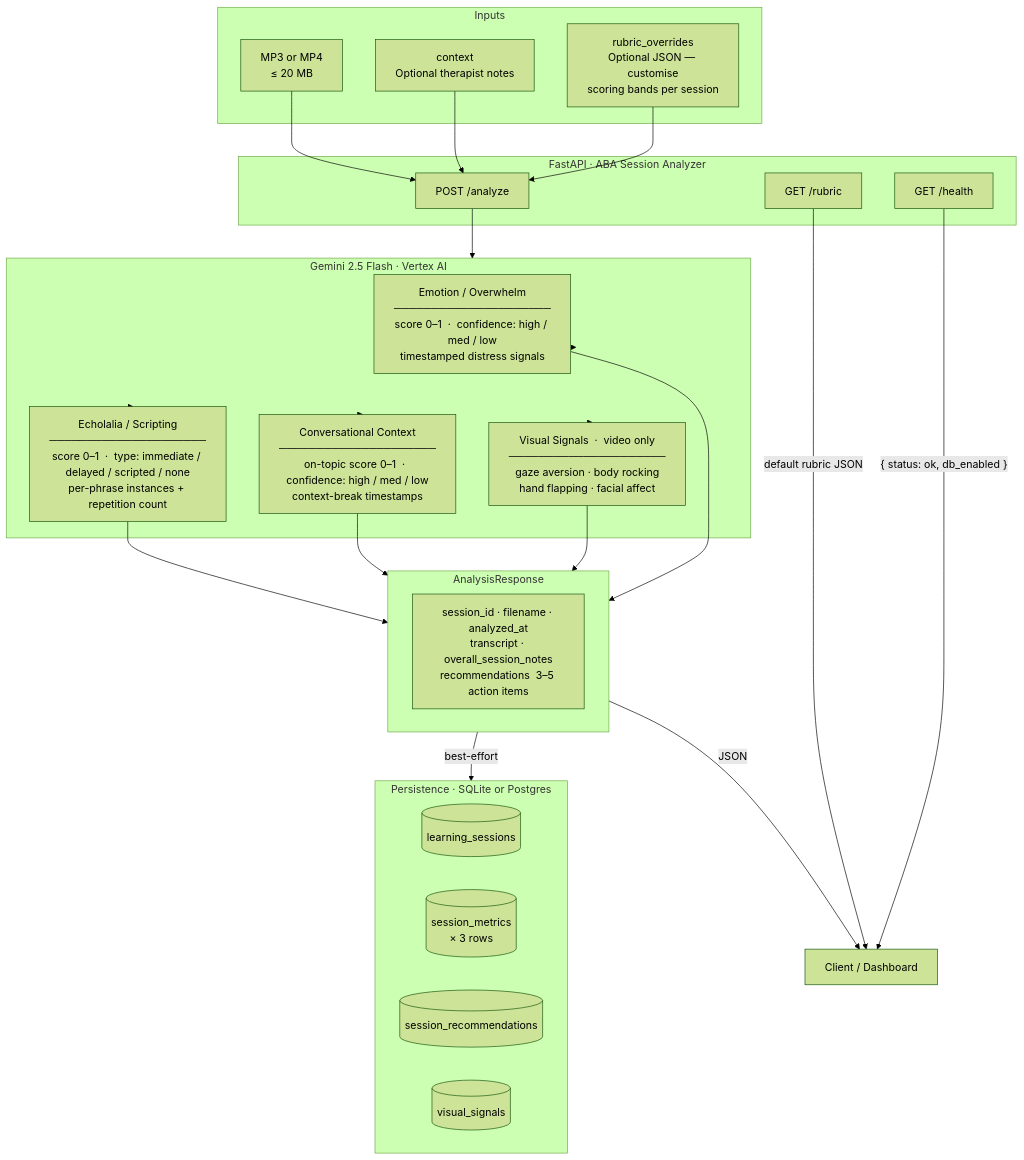
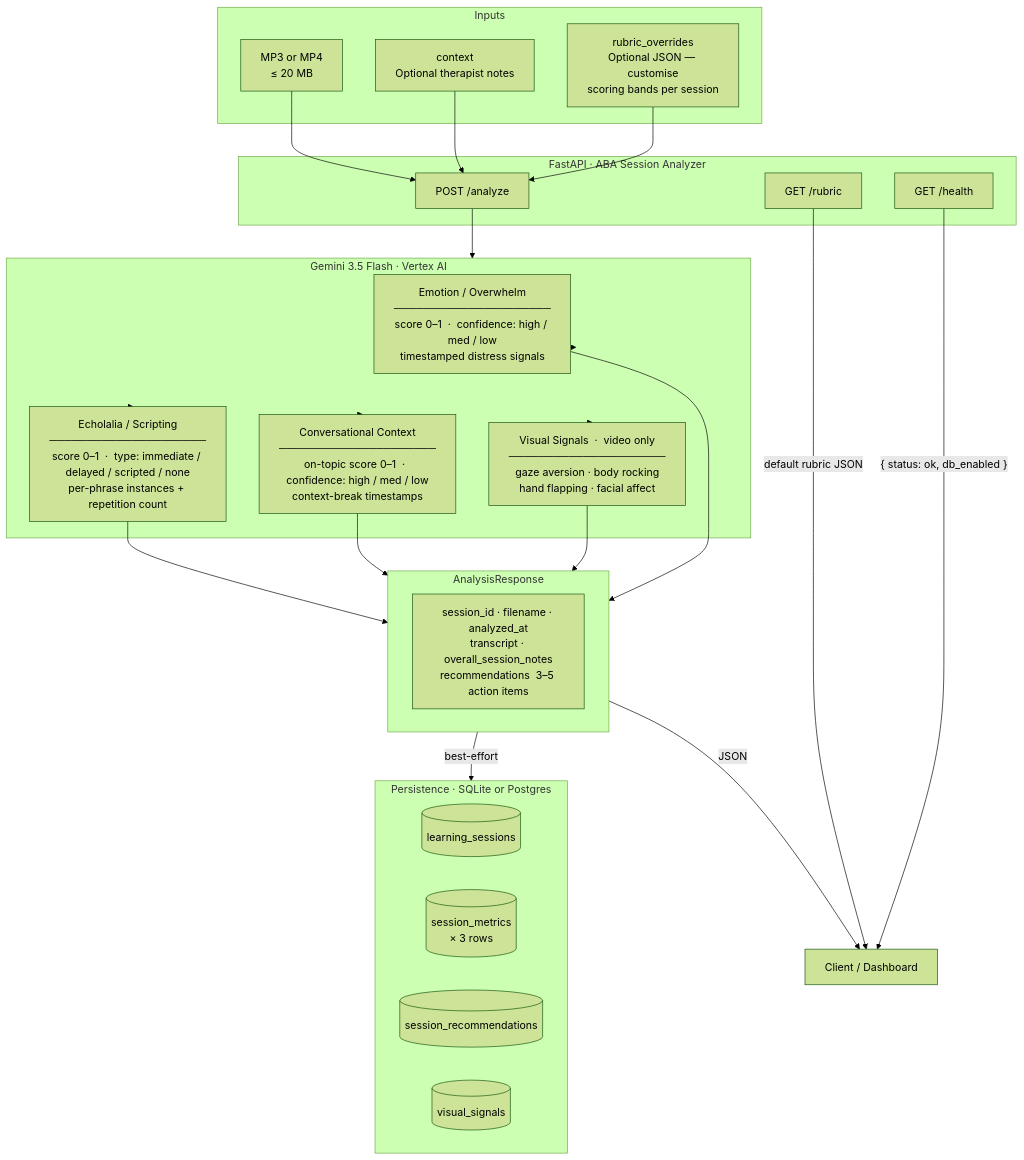
One commit to fsi-hack4autism/uc1-multisensory-learning-analysis changed the diagram in api/API.md. Above: the diagram before and after it, drawn with Mermaid (forest theme).

````diff
--- a/api/API.md
+++ b/api/API.md
@@ -5,42 +5,42 @@
 ```mermaid
 flowchart TD
     subgraph in["Inputs"]
         F["MP3 or MP4\n≤ 20 MB"]
         CTX["context\nOptional therapist notes"]
         RO["rubric_overrides\nOptional JSON — customise\nscoring bands per session"]
     end
 
     subgraph api["FastAPI  ·  ABA Session Analyzer"]
         A1["POST /analyze"]
         A2["GET /rubric"]
         A3["GET /health"]
     end
 
-    subgraph ai["Gemini 2.5 Flash  ·  Vertex AI"]
+    subgraph ai["Gemini 3.5 Flash  ·  Vertex AI"]
         M1["Emotion / Overwhelm\n─────────────────────\nscore 0–1  ·  confidence: high / med / low\ntimestamped distress signals"]
         M2["Echolalia / Scripting\n─────────────────────\nscore 0–1  ·  type: immediate / delayed / scripted / none\nper-phrase instances + repetition count"]
         M3["Conversational Context\n─────────────────────\non-topic score 0–1  ·  confidence: high / med / low\ncontext-break timestamps"]
         M4["Visual Signals  ·  video only\n─────────────────────\ngaze aversion · body rocking\nhand flapping · facial affect"]
     end
 
     subgraph out["AnalysisResponse"]
         R["session_id · filename · analyzed_at\ntranscript · overall_session_notes\nrecommendations  3–5 action items"]
     end
 
     subgraph db["Persistence  ·  SQLite or Postgres"]
         DB1[("learning_sessions")]
         DB2[("session_metrics\n× 3 rows")]
         DB3[("session_recommendations")]
         DB4[("visual_signals")]
     end
 
     F & CTX & RO --> A1
     A1 --> ai
     ai --> M1 & M2 & M3 & M4
     M1 & M2 & M3 & M4 --> out
     out -->|"best-effort"| db
     out -->|"JSON"| Client["Client / Dashboard"]
 
     A2 -->|"default rubric JSON"| Client
     A3 -->|"{ status: ok, db_enabled }"| Client
 ```
````
